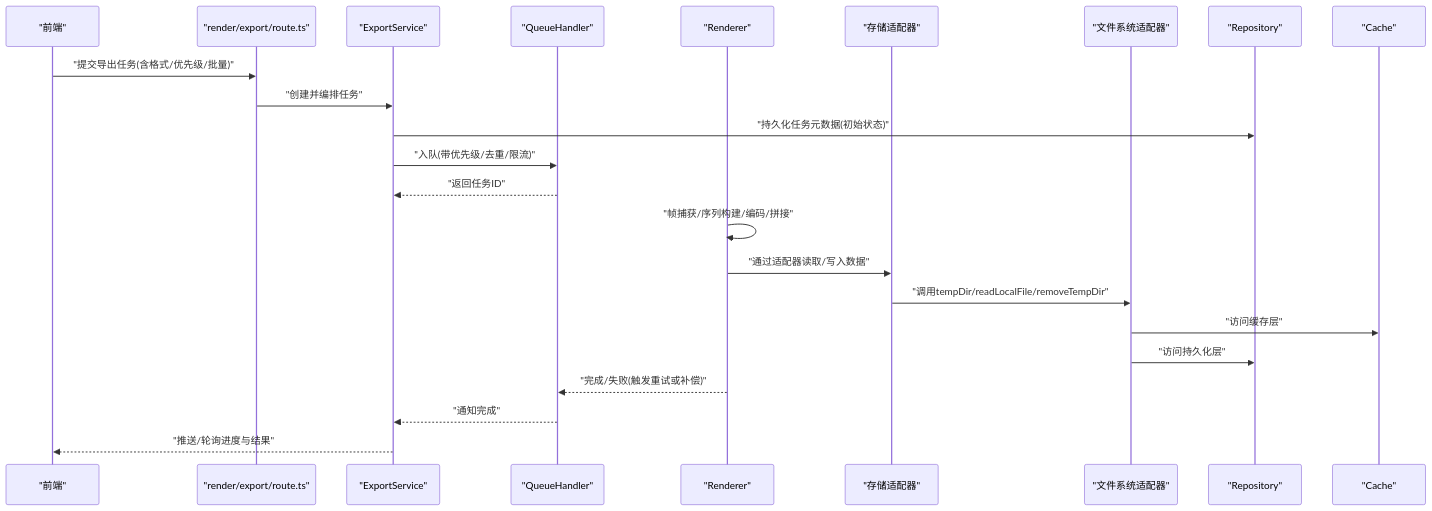
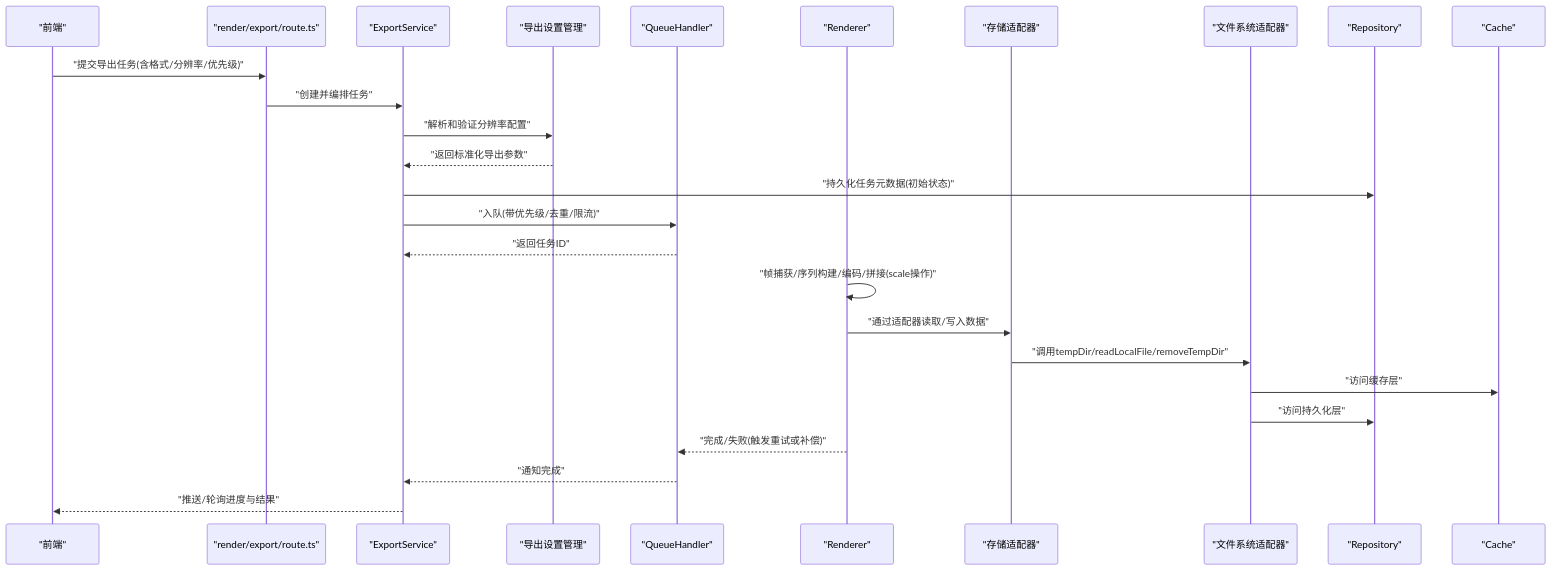
The second of 10 diagrams in .qoder/repowiki/zh/content/核心功能模块/渲染引擎/导出服务.md (AIMFllyYS/code-video-canvas), drawn with Mermaid before and after one commit. The commit also changed other lines of this file and 7 other files, not shown here.

````diff
--- a/.qoder/repowiki/zh/content/核心功能模块/渲染引擎/导出服务.md
+++ b/.qoder/repowiki/zh/content/核心功能模块/渲染引擎/导出服务.md
@@ -156,25 +175,28 @@
 ```mermaid
 sequenceDiagram
 participant FE as "前端"
 participant API as "render/export/route.ts"
 participant ES as "ExportService"
+participant SET as "导出设置管理"
 participant QH as "QueueHandler"
 participant RN as "Renderer"
 participant SA as "存储适配器"
 participant FS as "文件系统适配器"
 participant RP as "Repository"
 participant CA as "Cache"
-FE->>API : "提交导出任务(含格式/优先级/批量)"
+FE->>API : "提交导出任务(含格式/分辨率/优先级)"
 API->>ES : "创建并编排任务"
+ES->>SET : "解析和验证分辨率配置"
+SET-->>ES : "返回标准化导出参数"
 ES->>RP : "持久化任务元数据(初始状态)"
 ES->>QH : "入队(带优先级/去重/限流)"
 QH-->>ES : "返回任务ID"
-RN->>RN : "帧捕获/序列构建/编码/拼接"
+RN->>RN : "帧捕获/序列构建/编码/拼接(scale操作)"
 RN->>SA : "通过适配器读取/写入数据"
 SA->>FS : "调用tempDir/readLocalFile/removeTempDir"
 FS->>CA : "访问缓存层"
 FS->>RP : "访问持久化层"
 RN-->>QH : "完成/失败(触发重试或补偿)"
 QH-->>ES : "通知完成"
 ES-->>FE : "推送/轮询进度与结果"
 ```
````
